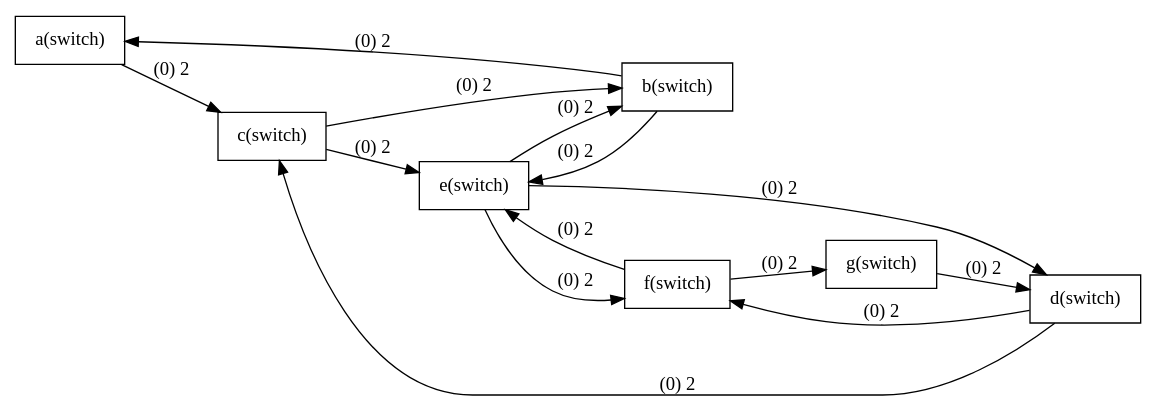
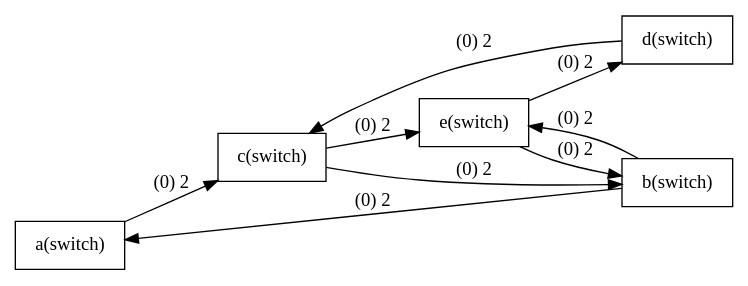
One commit to stanly1012/2019-spring-gt changed the diagram in plot.dot. Above: the diagram before and after it, drawn with Graphviz. The commit also changed 5 other files, not shown here.

Commit message:
use the graph of project announcement ptt

```diff
--- a/plot.dot
+++ b/plot.dot
@@ -1,45 +1,30 @@
 digraph G{
 rankdir=LR;
 node [shape=record];
 
 a [label="a(switch)"];
 c [label="c(switch)"];
 a->c[label="(0) 2"];
 c [label="c(switch)"];
 e [label="e(switch)"];
 c->e[label="(0) 2"];
-e [label="e(switch)"];
-f [label="f(switch)"];
-e->f[label="(0) 2"];
-f [label="f(switch)"];
-g [label="g(switch)"];
-f->g[label="(0) 2"];
-g [label="g(switch)"];
-d [label="d(switch)"];
-g->d[label="(0) 2"];
-d [label="d(switch)"];
-f [label="f(switch)"];
-d->f[label="(0) 2"];
-f [label="f(switch)"];
-e [label="e(switch)"];
-f->e[label="(0) 2"];
 e [label="e(switch)"];
 b [label="b(switch)"];
 e->b[label="(0) 2"];
 b [label="b(switch)"];
 e [label="e(switch)"];
 b->e[label="(0) 2"];
 e [label="e(switch)"];
 d [label="d(switch)"];
 e->d[label="(0) 2"];
 d [label="d(switch)"];
 c [label="c(switch)"];
 d->c[label="(0) 2"];
 c [label="c(switch)"];
 b [label="b(switch)"];
 c->b[label="(0) 2"];
 b [label="b(switch)"];
 a [label="a(switch)"];
 b->a[label="(0) 2"];
 
 }
```
